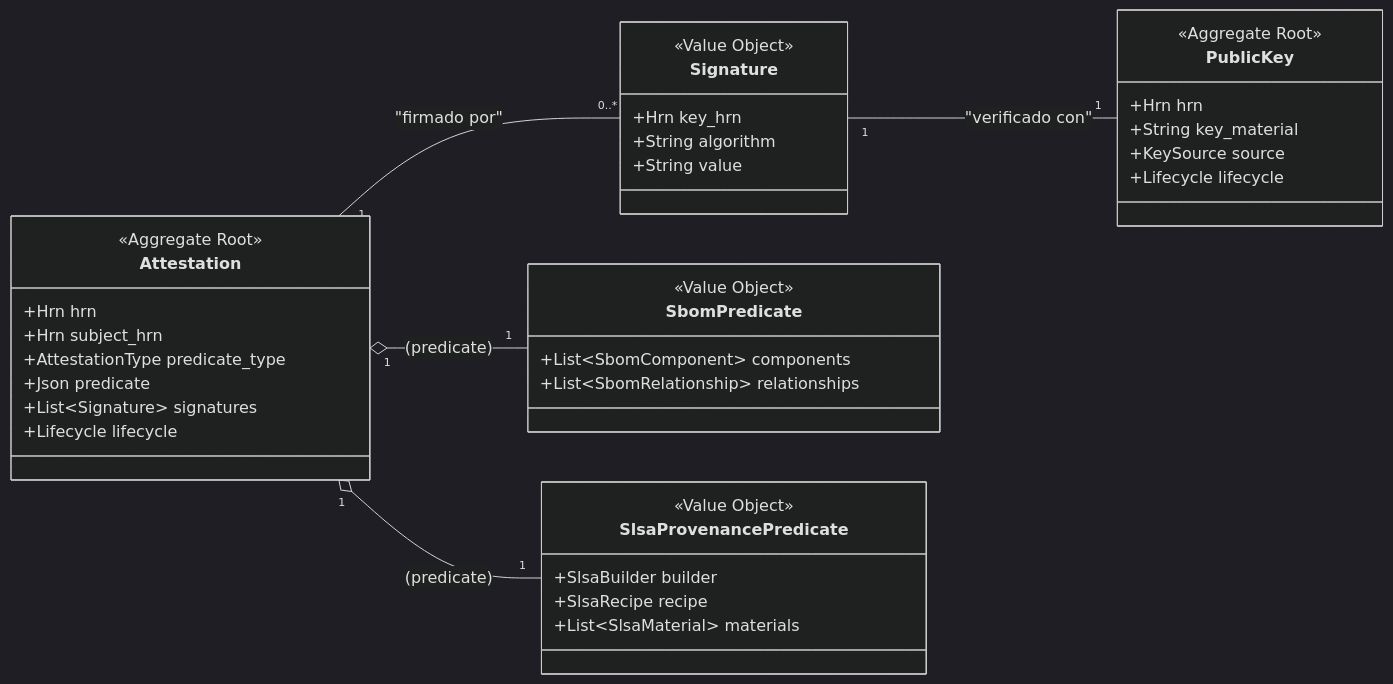
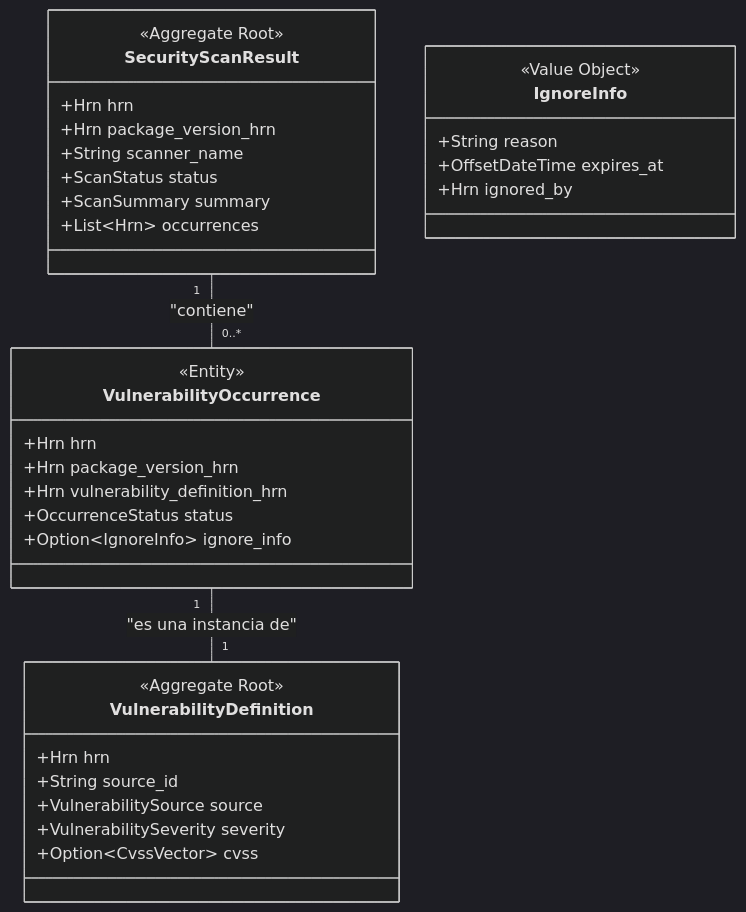
One commit to Rubentxu/hodei-artifacts changed the diagram in docs/domain/security.md. Above: the diagram before and after it, drawn with Mermaid (dark theme). The commit also changed other lines of this file and 2 other files, not shown here.

````diff
--- a/docs/domain/security.md
+++ b/docs/domain/security.md
@@ -21,47 +21,42 @@
 ```mermaid
 classDiagram
-    direction LR
+    direction TB
 
-    class Attestation {
+    class SecurityScanResult {
         <<Aggregate Root>>
         +Hrn hrn
-        +Hrn subject_hrn
-        +AttestationType predicate_type
-        +Json predicate
-        +List~Signature~ signatures
-        +Lifecycle lifecycle
+        +Hrn package_version_hrn
+        +String scanner_name
+        +ScanStatus status
+        +ScanSummary summary
+        +List~Hrn~ occurrences
     }
 
-    class Signature {
-        <<Value Object>>
-        +Hrn key_hrn
-        +String algorithm
-        +String value
+    class VulnerabilityOccurrence {
+        <<Entity>>
+        +Hrn hrn
+        +Hrn package_version_hrn
+        +Hrn vulnerability_definition_hrn
+        +OccurrenceStatus status
+        +Option~IgnoreInfo~ ignore_info
     }
 
-    class PublicKey {
+    class VulnerabilityDefinition {
         <<Aggregate Root>>
         +Hrn hrn
-        +String key_material
-        +KeySource source
-        +Lifecycle lifecycle
+        +String source_id
+        +VulnerabilitySource source
+        +VulnerabilitySeverity severity
+        +Option~CvssVector~ cvss
     }
     
-    class SbomPredicate {
+    class IgnoreInfo {
         <<Value Object>>
-        +List~SbomComponent~ components
-        +List~SbomRelationship~ relationships
+        +String reason
+        +OffsetDateTime expires_at
+        +Hrn ignored_by
     }
     
-    class SlsaProvenancePredicate {
-        <<Value Object>>
-        +SlsaBuilder builder
-        +SlsaRecipe recipe
-        +List~SlsaMaterial~ materials
-    }
-    
-    Attestation "1" o-- "1" SbomPredicate : (predicate)
-    Attestation "1" o-- "1" SlsaProvenancePredicate : (predicate)
-    Attestation "1" -- "0..*" Signature : "firmado por"
-    Signature "1" -- "1" PublicKey : "verificado con"
+    SecurityScanResult "1" -- "0..*" VulnerabilityOccurrence : "contiene"
+    VulnerabilityOccurrence "1" -- "1" VulnerabilityDefinition : "es una instancia de"
 ```
````
